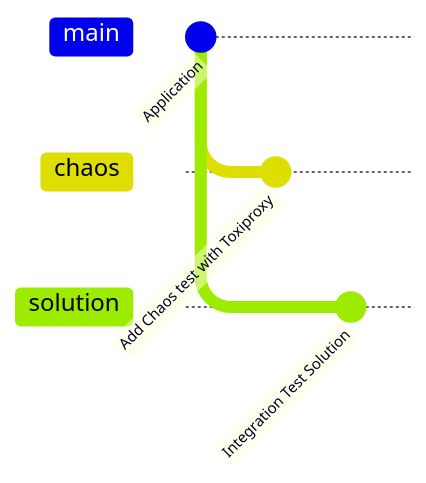
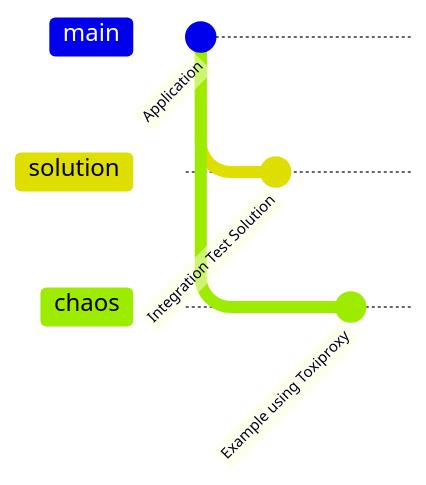
Before and after one commit to bastoker/testcontainers-workshop: the second of 2 diagrams in README.md, drawn with Mermaid.

````diff
--- a/README.md
+++ b/README.md
@@ -30,9 +30,10 @@
 ```mermaid
 gitGraph
     commit id: "Application"
+    branch solution
+    commit id: "Integration Test Solution"    
+    checkout main
     branch chaos
-    commit id: "Add Chaos test with Toxiproxy"
+    commit id: "Example using Toxiproxy"
     checkout main
-    branch solution
-    commit id: "Integration Test Solution"
 ```
````
